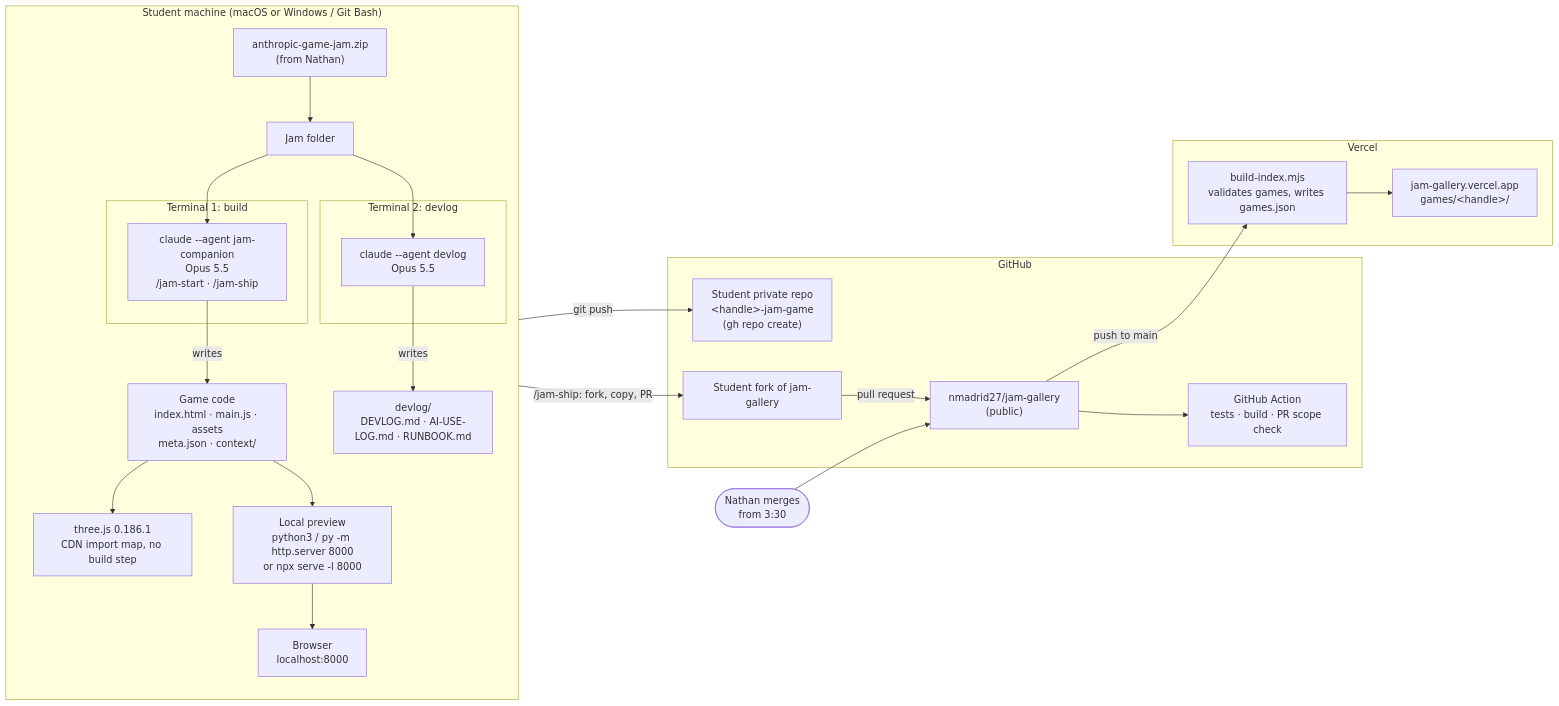
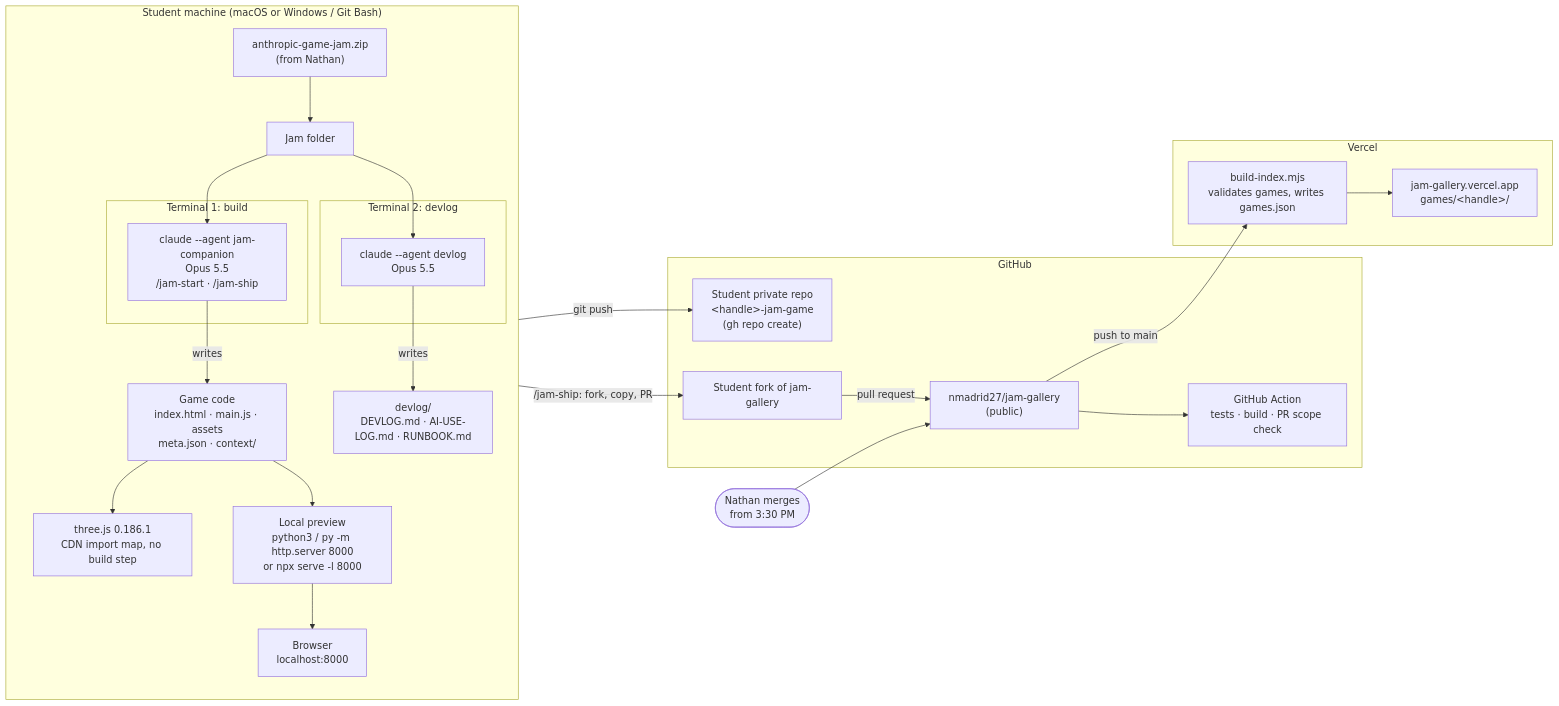
The diagram in STACK.md (SchoolofCreativeTechnology/anthropic-game-jam), drawn with Mermaid before and after one commit. The commit also changed other lines of this file and 13 other files, not shown here.

````diff
--- a/STACK.md
+++ b/STACK.md
@@ -5,39 +5,39 @@
 ```mermaid
 flowchart LR
   subgraph Student["Student machine (macOS or Windows / Git Bash)"]
     direction TB
     Zip["anthropic-game-jam.zip<br/>(from Nathan)"] --> Folder["Jam folder"]
     subgraph T1["Terminal 1: build"]
       Companion["claude --agent jam-companion<br/>Opus 5.5<br/>/jam-start · /jam-ship"]
     end
     subgraph T2["Terminal 2: devlog"]
       Devlog["claude --agent devlog<br/>Opus 5.5"]
     end
     Folder --> Companion
     Folder --> Devlog
     Companion -- writes --> Game["Game code<br/>index.html · main.js · assets<br/>meta.json · context/"]
     Devlog -- writes --> Log["devlog/<br/>DEVLOG.md · AI-USE-LOG.md · RUNBOOK.md"]
     Game --> Three["three.js 0.186.1<br/>CDN import map, no build step"]
     Game --> Serve["Local preview<br/>python3 / py -m http.server 8000<br/>or npx serve -l 8000"]
     Serve --> Browser["Browser<br/>localhost:8000"]
   end
 
   subgraph GH["GitHub"]
     Private["Student private repo<br/>&lt;handle&gt;-jam-game<br/>(gh repo create)"]
     Fork["Student fork of jam-gallery"]
     Gallery["nmadrid27/jam-gallery<br/>(public)"]
     CI["GitHub Action<br/>tests · build · PR scope check"]
   end
 
   subgraph Vercel["Vercel"]
     Build["build-index.mjs<br/>validates games, writes games.json"]
     Site["jam-gallery.vercel.app<br/>games/&lt;handle&gt;/"]
   end
 
   Companion -- git push --> Private
   Companion -- "/jam-ship: fork, copy, PR" --> Fork
   Fork -- pull request --> Gallery
   Gallery --> CI
-  Nathan(["Nathan merges<br/>from 3:30"]) --> Gallery
+  Nathan(["Nathan merges<br/>from 3:30 PM"]) --> Gallery
   Gallery -- push to main --> Build --> Site
 ```
````
